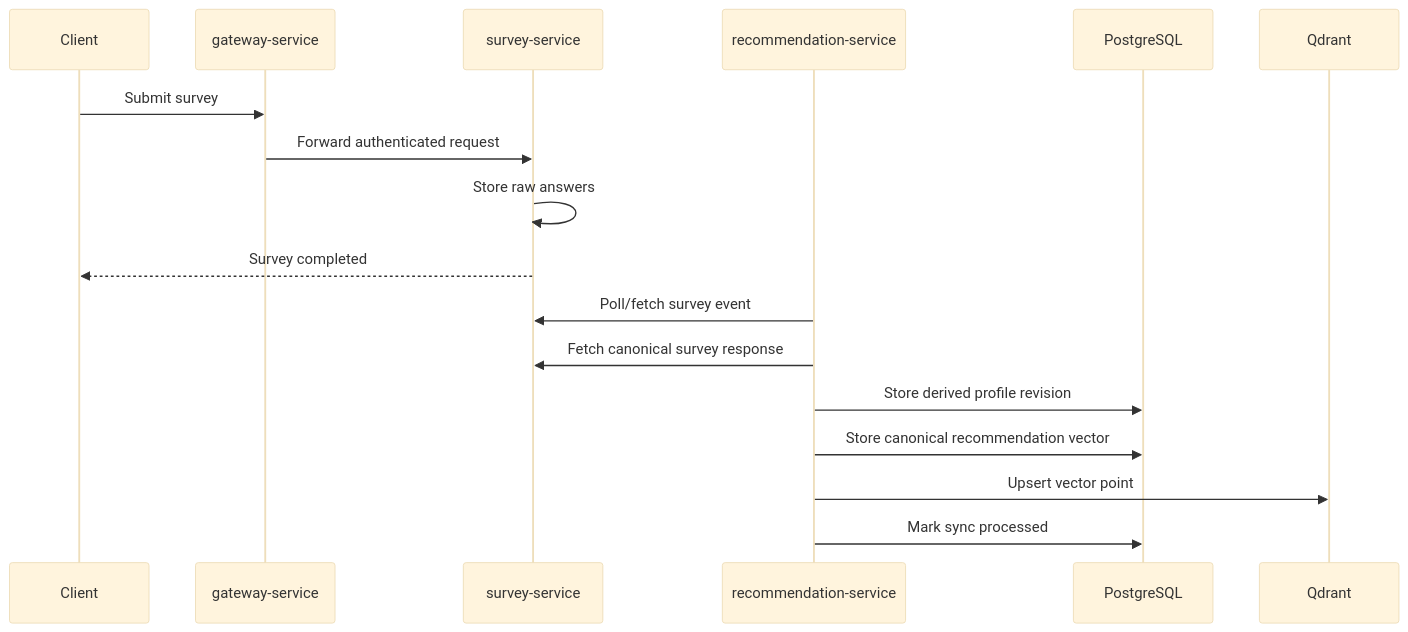
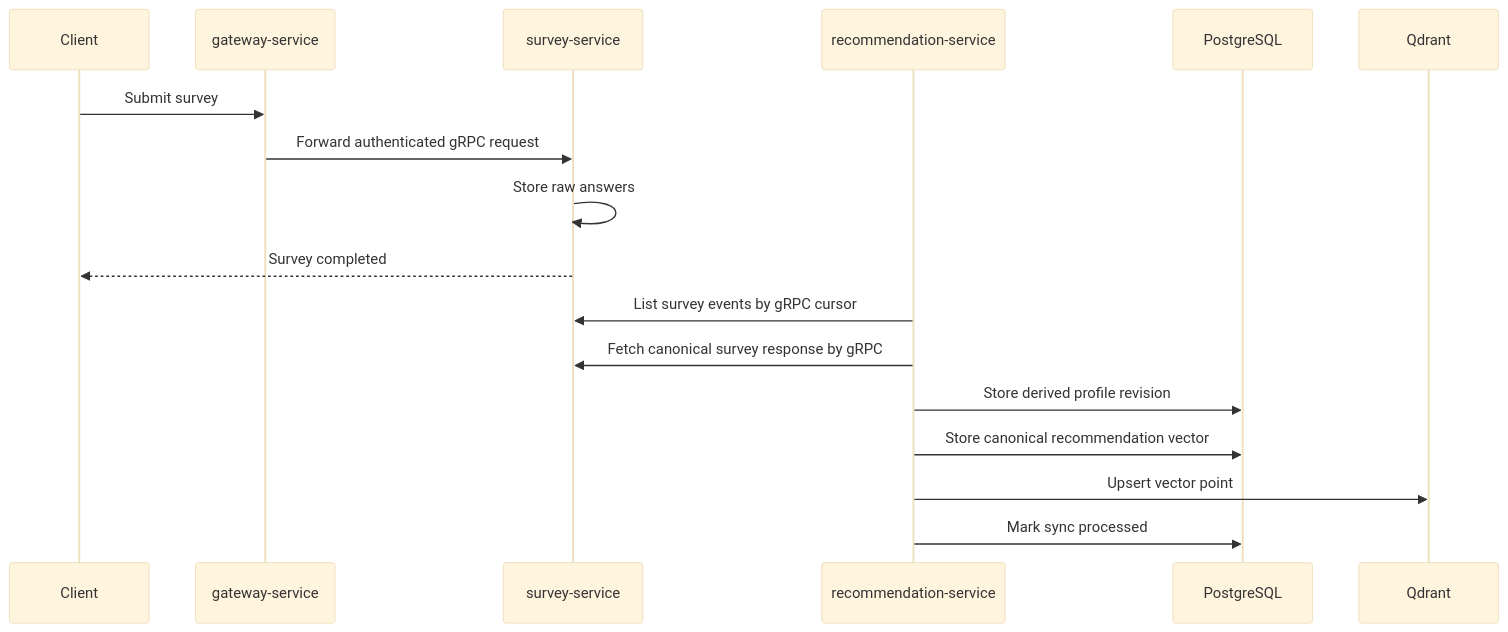
One commit to SKKU-Tamer-Captstone-26-1/recommendation-service changed the first of 2 diagrams in docs/architecture.md. Above: the diagram before and after it, drawn with Mermaid (base theme). The commit also changed other lines of this file and 46 other files, not shown here.

````diff
--- a/docs/architecture.md
+++ b/docs/architecture.md
@@ -106,20 +110,20 @@
 ```mermaid
 sequenceDiagram
     participant Client
     participant Gateway as gateway-service
     participant Survey as survey-service
     participant Recs as recommendation-service
     participant PG as PostgreSQL
     participant Q as Qdrant
 
     Client->>Gateway: Submit survey
-    Gateway->>Survey: Forward authenticated request
+    Gateway->>Survey: Forward authenticated gRPC request
     Survey->>Survey: Store raw answers
     Survey-->>Client: Survey completed
-    Recs->>Survey: Poll/fetch survey event
-    Recs->>Survey: Fetch canonical survey response
+    Recs->>Survey: List survey events by gRPC cursor
+    Recs->>Survey: Fetch canonical survey response by gRPC
     Recs->>PG: Store derived profile revision
     Recs->>PG: Store canonical recommendation vector
     Recs->>Q: Upsert vector point
     Recs->>PG: Mark sync processed
 ```
````
